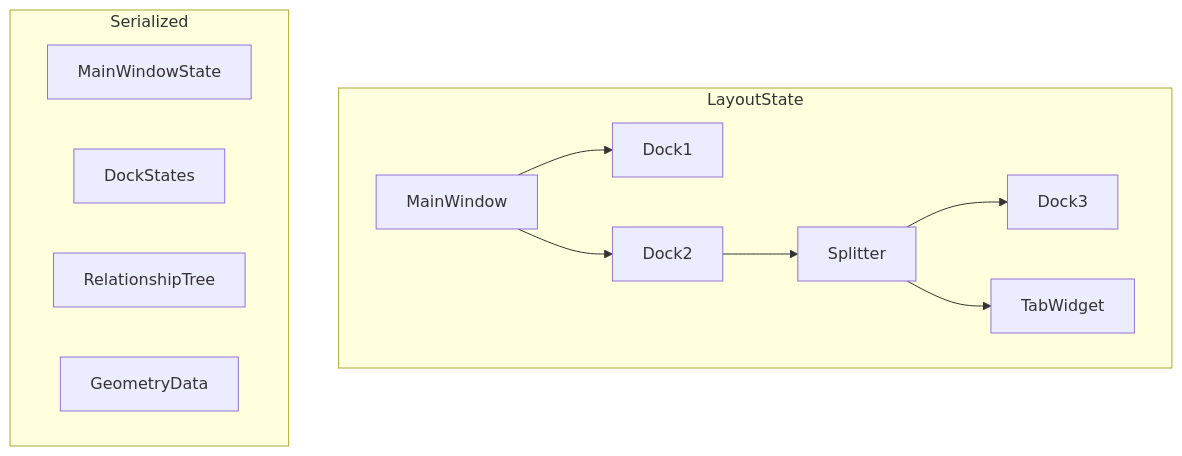
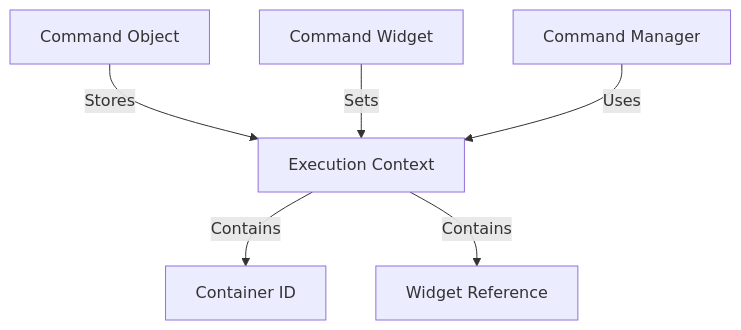
One commit to maro7tigre/PySignalDecipher changed the third of 4 diagrams in command_system/docs/planning.md. Above: the diagram before and after it, drawn with Mermaid. The commit also changed other lines of this file and 17 other files, not shown here.

````diff
--- a/command_system/docs/planning.md
+++ b/command_system/docs/planning.md
@@ -114,24 +47,9 @@
 ```mermaid
 graph TD
-    subgraph LayoutState
-        MW[MainWindow]
-        D1[Dock1]
-        D2[Dock2]
-        D3[Dock3]
-        SP[Splitter]
-        TB[TabWidget]
-    end
+    CMD[Command Object] -- "Stores" --> CTX[Execution Context]
+    CTX -- "Contains" --> CID[Container ID]
+    CTX -- "Contains" --> WID[Widget Reference]
     
-    MW --> D1
-    MW --> D2
-    D2 --> SP
-    SP --> D3
-    SP --> TB
-    
-    subgraph Serialized
-        MS[MainWindowState]
-        DS[DockStates]
-        RS[RelationshipTree]
-        GS[GeometryData]
-    end
+    CW[Command Widget] -- "Sets" --> CTX
+    CM[Command Manager] -- "Uses" --> CTX
 ```
````
